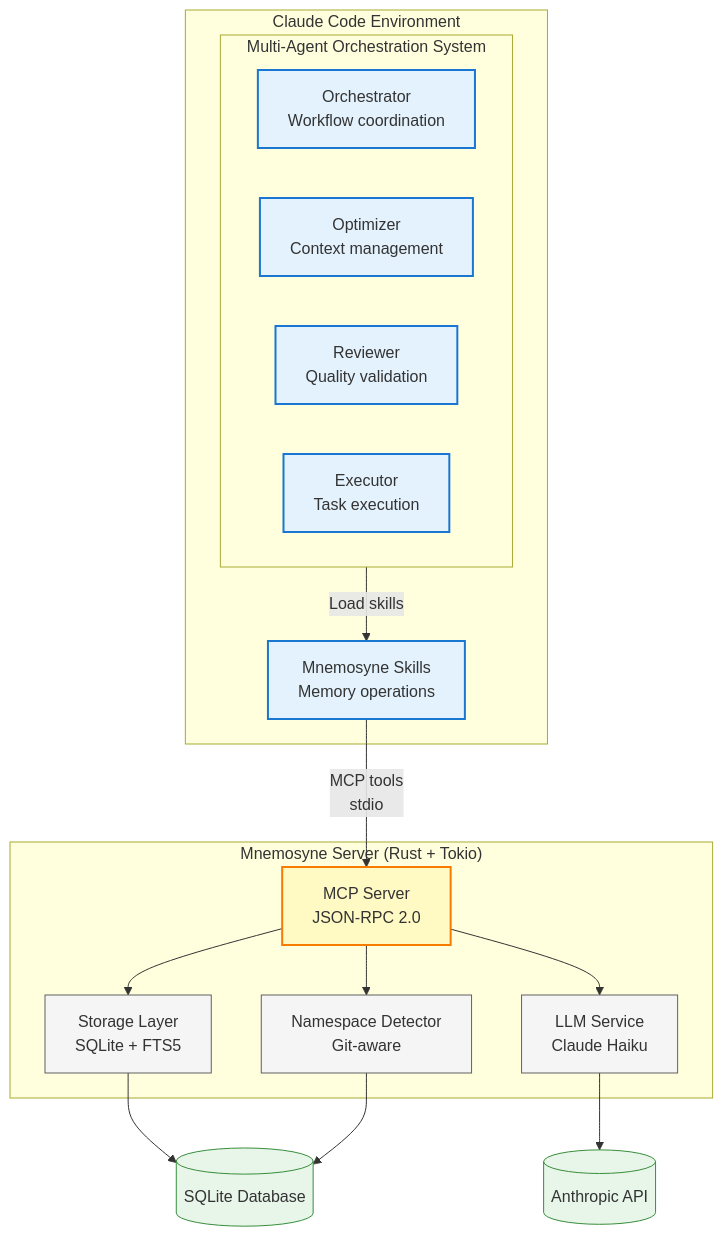
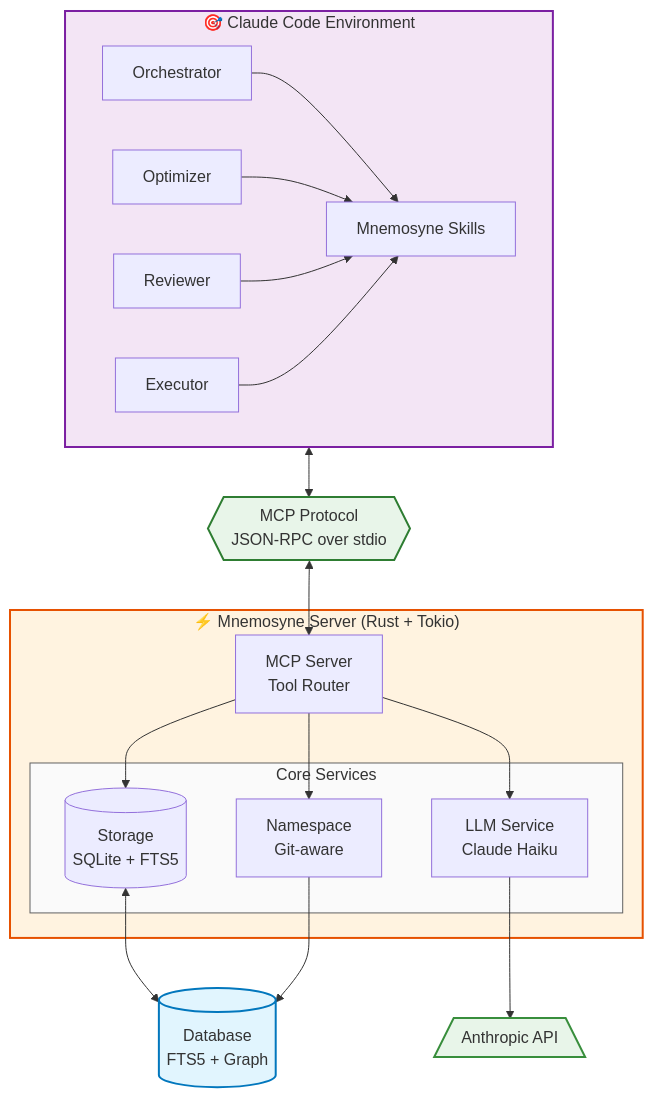
The first of 4 diagrams in ARCHITECTURE.md (rand/mnemosyne), drawn with Mermaid before and after one commit. The commit also changed other lines of this file and 2 other files, not shown here.

First line of the commit message:
Improve diagram types and formatting for better readability

````diff
--- a/ARCHITECTURE.md
+++ b/ARCHITECTURE.md
@@ -35,44 +35,45 @@
 ```mermaid
-graph TB
-    subgraph claude["Claude Code Environment"]
-        subgraph agents["Multi-Agent Orchestration System"]
-            orch[Orchestrator<br/>Workflow coordination]
-            opt[Optimizer<br/>Context management]
-            rev[Reviewer<br/>Quality validation]
-            exec[Executor<br/>Task execution]
-        end
-        skills[Mnemosyne Skills<br/>Memory operations]
+flowchart TD
+    subgraph Claude["🎯 Claude Code Environment"]
+        direction LR
+        Orch[Orchestrator]
+        Opt[Optimizer]
+        Rev[Reviewer]
+        Exec[Executor]
+        Skills[Mnemosyne Skills]
     end
 
-    subgraph mnemosyne["Mnemosyne Server (Rust + Tokio)"]
-        mcp[MCP Server<br/>JSON-RPC 2.0]
+    Protocol{{MCP Protocol<br/>JSON-RPC over stdio}}
 
-        storage[Storage Layer<br/>SQLite + FTS5]
-        llm[LLM Service<br/>Claude Haiku]
-        ns[Namespace Detector<br/>Git-aware]
+    subgraph Mnemosyne["⚡ Mnemosyne Server (Rust + Tokio)"]
+        MCP[MCP Server<br/>Tool Router]
+
+        subgraph Core["Core Services"]
+            Storage[(Storage<br/>SQLite + FTS5)]
+            LLM[LLM Service<br/>Claude Haiku]
+            NS[Namespace<br/>Git-aware]
+        end
     end
 
-    api[("Anthropic API")]
-    db[(SQLite Database)]
+    API[/Anthropic API\]
+    DB[(Database<br/>FTS5 + Graph)]
 
-    agents -->|Load skills| skills
-    skills -->|MCP tools<br/>stdio| mcp
+    Orch & Opt & Rev & Exec --> Skills
+    Skills <--> Protocol
+    Protocol <--> MCP
 
-    mcp --> storage
-    mcp --> llm
-    mcp --> ns
+    MCP --> Storage
+    MCP --> LLM
+    MCP --> NS
 
-    storage --> db
-    llm --> api
-    ns --> db
+    Storage <--> DB
+    LLM --> API
+    NS --> DB
 
-    classDef agentStyle fill:#e3f2fd,stroke:#1976d2,stroke-width:2px
-    classDef serverStyle fill:#fff9c4,stroke:#f57c00,stroke-width:2px
-    classDef serviceStyle fill:#f5f5f5,stroke:#616161
-    classDef externalStyle fill:#e8f5e9,stroke:#388e3c
-
-    class orch,opt,rev,exec,skills agentStyle
-    class mcp serverStyle
-    class storage,llm,ns serviceStyle
-    class api,db externalStyle
+    style Claude fill:#f3e5f5,stroke:#7b1fa2,stroke-width:2px
+    style Mnemosyne fill:#fff3e0,stroke:#e65100,stroke-width:2px
+    style Core fill:#fafafa,stroke:#616161,stroke-width:1px
+    style Protocol fill:#e8f5e9,stroke:#2e7d32,stroke-width:2px
+    style API fill:#e8f5e9,stroke:#388e3c,stroke-width:2px
+    style DB fill:#e1f5fe,stroke:#0277bd,stroke-width:2px
 ```
````
